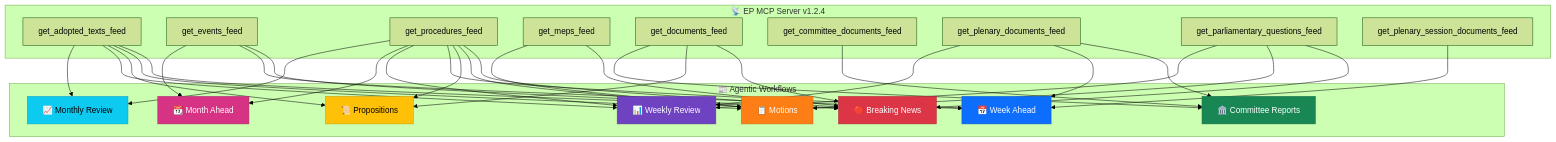
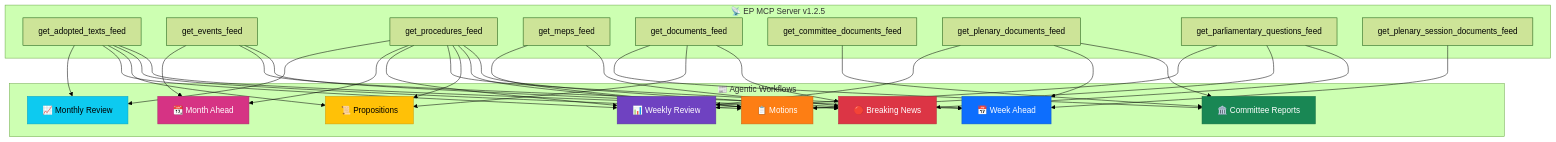
Before and after one commit to Hack23/euparliamentmonitor: the fifth of 7 diagrams in analysis/README.md, drawn with Mermaid (forest theme). The commit also changed 35 other files, not shown here.

First line of the commit message:
chore: update all references from european-parliament-mcp-server 1.2.4 to 1.2.5

````diff
--- a/analysis/README.md
+++ b/analysis/README.md
@@ -497,44 +497,44 @@
 ```mermaid
 flowchart TD
-    subgraph "📡 EP MCP Server v1.2.4"
+    subgraph "📡 EP MCP Server v1.2.5"
         F1["get_adopted_texts_feed"]
         F2["get_events_feed"]
         F3["get_procedures_feed"]
         F4["get_meps_feed"]
         F5["get_documents_feed"]
         F6["get_committee_documents_feed"]
         F7["get_plenary_documents_feed"]
         F8["get_parliamentary_questions_feed"]
         F9["get_plenary_session_documents_feed"]
     end
 
     subgraph "📰 Agentic Workflows"
         W1["🔴 Breaking News"]
         W2["📋 Motions"]
         W3["📜 Propositions"]
         W4["🏛️ Committee Reports"]
         W5["📅 Week Ahead"]
         W6["📊 Weekly Review"]
         W7["📆 Month Ahead"]
         W8["📈 Monthly Review"]
     end
 
     F1 --> W1 & W2 & W3 & W6 & W8
     F2 --> W1 & W5 & W7
     F3 --> W1 & W2 & W3 & W5 & W6 & W7 & W8
     F4 --> W1 & W2
     F5 --> W1 & W3 & W4
     F6 --> W4
     F7 --> W4 & W5 & W6
     F8 --> W1 & W2 & W6
     F9 --> W5
 
     style W1 fill:#dc3545,stroke:#b02a37,color:#fff
     style W2 fill:#fd7e14,stroke:#ca6510,color:#fff
     style W3 fill:#ffc107,stroke:#cc9a06,color:#000
     style W4 fill:#198754,stroke:#146c43,color:#fff
     style W5 fill:#0d6efd,stroke:#0a58ca,color:#fff
     style W6 fill:#6f42c1,stroke:#59359a,color:#fff
     style W7 fill:#d63384,stroke:#ab296a,color:#fff
     style W8 fill:#0dcaf0,stroke:#0aa2c0,color:#000
 ```
````
